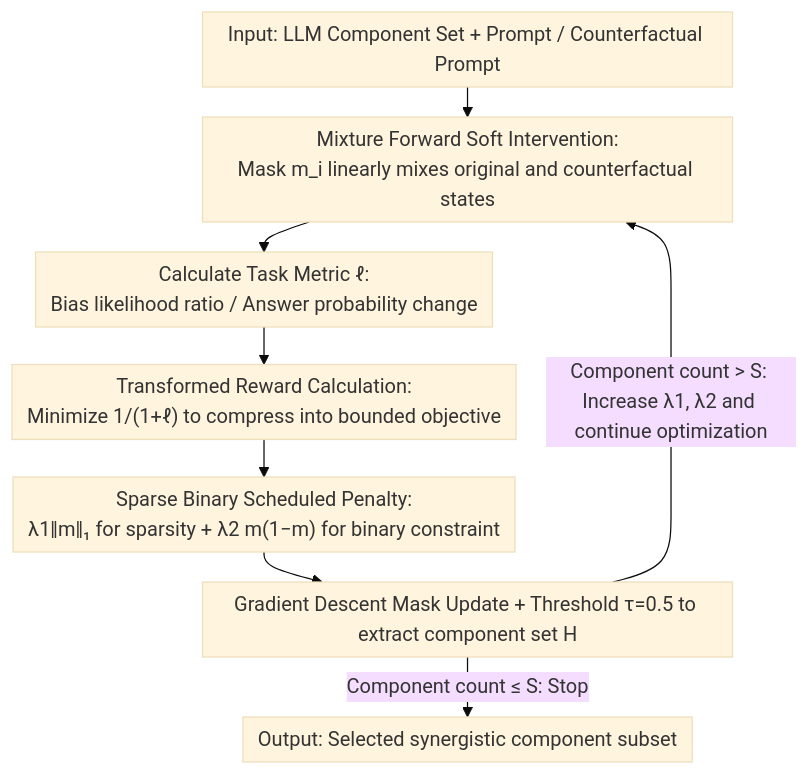
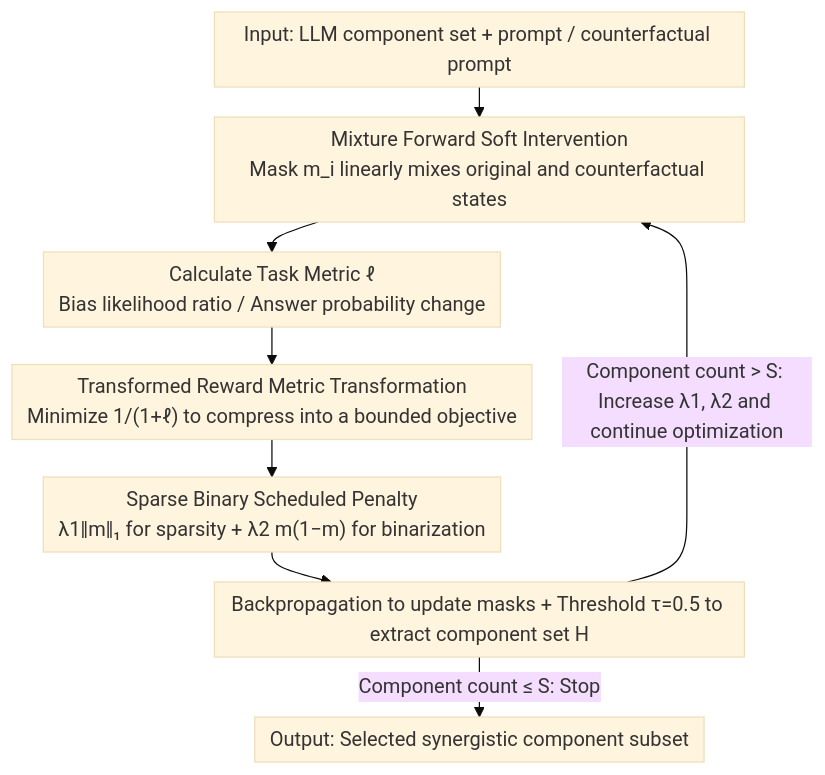
The diagram in docs/ACL2026/llm_safety/multi-component_causal_tracing_in_large_language_models.md (zhaoyang97/Paper-Notes-en), drawn with Mermaid (base theme) before and after one commit. The commit also changed other lines of this file and 5084 other files, not shown here.

````diff
--- a/docs/ACL2026/llm_safety/multi-component_causal_tracing_in_large_language_models.md
+++ b/docs/ACL2026/llm_safety/multi-component_causal_tracing_in_large_language_models.md
@@ -42,11 +42,11 @@
 ```mermaid
 %%{init: {'flowchart': {'rankSpacing': 24, 'nodeSpacing': 28, 'padding': 6, 'wrappingWidth': 400}}}%%
 flowchart TD
-    A["Input: LLM Component Set + Prompt / Counterfactual Prompt"] --> B["Mixture Forward Soft Intervention:<br/>Mask m_i linearly mixes original and counterfactual states"]
-    B --> C["Calculate Task Metric ℓ:<br/>Bias likelihood ratio / Answer probability change"]
-    C --> D["Transformed Reward Calculation:<br/>Minimize 1/(1+ℓ) to compress into bounded objective"]
-    D --> E["Sparse Binary Scheduled Penalty:<br/>λ1‖m‖₁ for sparsity + λ2 m(1−m) for binary constraint"]
-    E --> F["Gradient Descent Mask Update + Threshold τ=0.5 to extract component set H"]
+    A["Input: LLM component set + prompt / counterfactual prompt"] --> B["Mixture Forward Soft Intervention<br/>Mask m_i linearly mixes original and counterfactual states"]
+    B --> C["Calculate Task Metric ℓ<br/>Bias likelihood ratio / Answer probability change"]
+    C --> D["Transformed Reward Metric Transformation<br/>Minimize 1/(1+ℓ) to compress into a bounded objective"]
+    D --> E["Sparse Binary Scheduled Penalty<br/>λ1‖m‖₁ for sparsity + λ2 m(1−m) for binarization"]
+    E --> F["Backpropagation to update masks + Threshold τ=0.5 to extract component set H"]
     F -->|"Component count > S: Increase λ1, λ2 and continue optimization"| B
     F -->|"Component count ≤ S: Stop"| G["Output: Selected synergistic component subset"]
 ```
````
